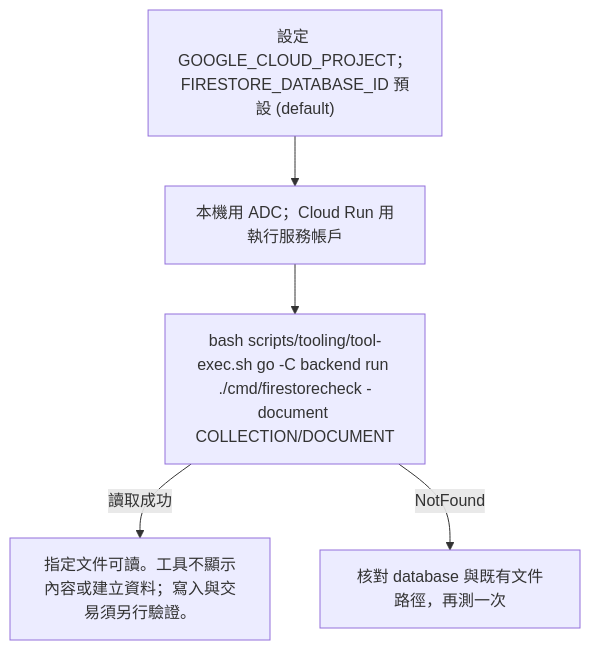
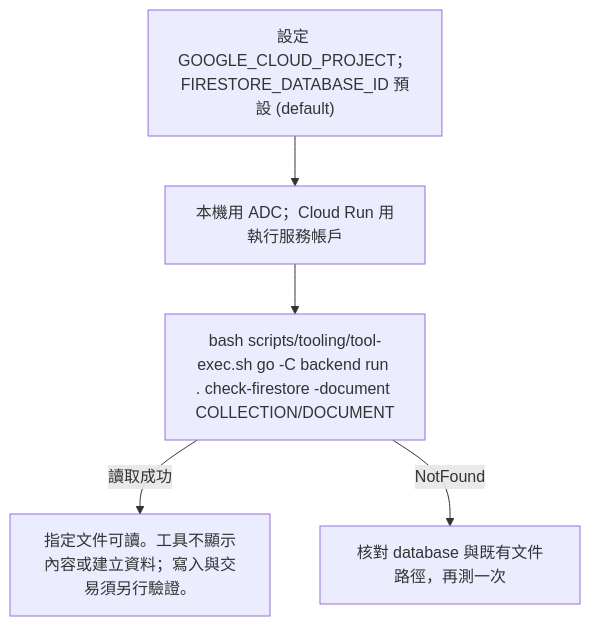
The diagram in docs/guides/local-development/firestore-read-check.md (963sup/line-mini-app-bot), drawn with Mermaid before and after one commit. The commit also changed 58 other files, not shown here.

````diff
--- a/docs/guides/local-development/firestore-read-check.md
+++ b/docs/guides/local-development/firestore-read-check.md
@@ -3,7 +3,7 @@
 ```mermaid
 flowchart TD
   env["設定 GOOGLE_CLOUD_PROJECT；FIRESTORE_DATABASE_ID 預設 (default)"] --> id["本機用 ADC；Cloud Run 用執行服務帳戶"]
-  id --> read["bash scripts/tooling/tool-exec.sh go -C backend run ./cmd/firestorecheck -document COLLECTION/DOCUMENT"]
+  id --> read["bash scripts/tooling/tool-exec.sh go -C backend run . check-firestore -document COLLECTION/DOCUMENT"]
   read -->|讀取成功| ok["指定文件可讀。工具不顯示內容或建立資料；寫入與交易須另行驗證。"]
   read -->|NotFound| check["核對 database 與既有文件路徑，再測一次"]
 ```
````
